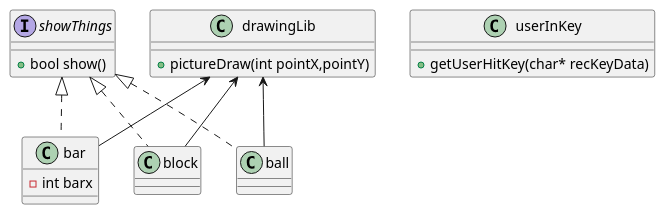
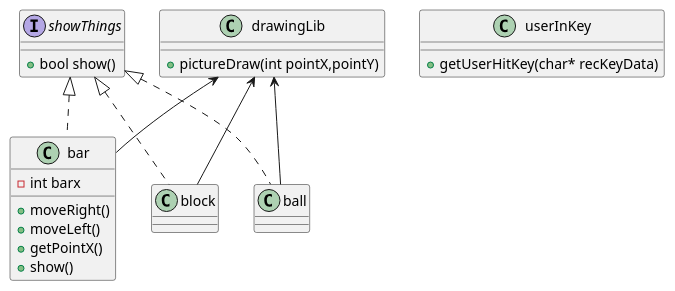
One commit to terapotan/Aimforcomplete changed the diagram in Aimforconplete-TDD/TodoList.md. Above: the diagram before and after it, drawn with PlantUML. The commit also changed other lines of this file and 4 other files, not shown here.

```diff
--- a/Aimforconplete-TDD/TodoList.md
+++ b/Aimforconplete-TDD/TodoList.md
@@ -40,29 +43,33 @@
 ~~~plantuml
 @startuml
 interface showThings{
     + bool show()
 }
 class bar{
     - int barx
+    + moveRight()
+    + moveLeft()
+    + getPointX()
+    + show()
 }
 class block{
 }
 class ball{
 }
 class drawingLib{
     + pictureDraw(int pointX,pointY)
 }
 
 class userInKey{
     + getUserHitKey(char* recKeyData)
 }
 
 showThings <|.. bar
 showThings <|.. block
 showThings <|.. ball
 drawingLib <-down- bar
 drawingLib <-down- block
 drawingLib <-down- ball
 
 @enduml
 ~~~
```
